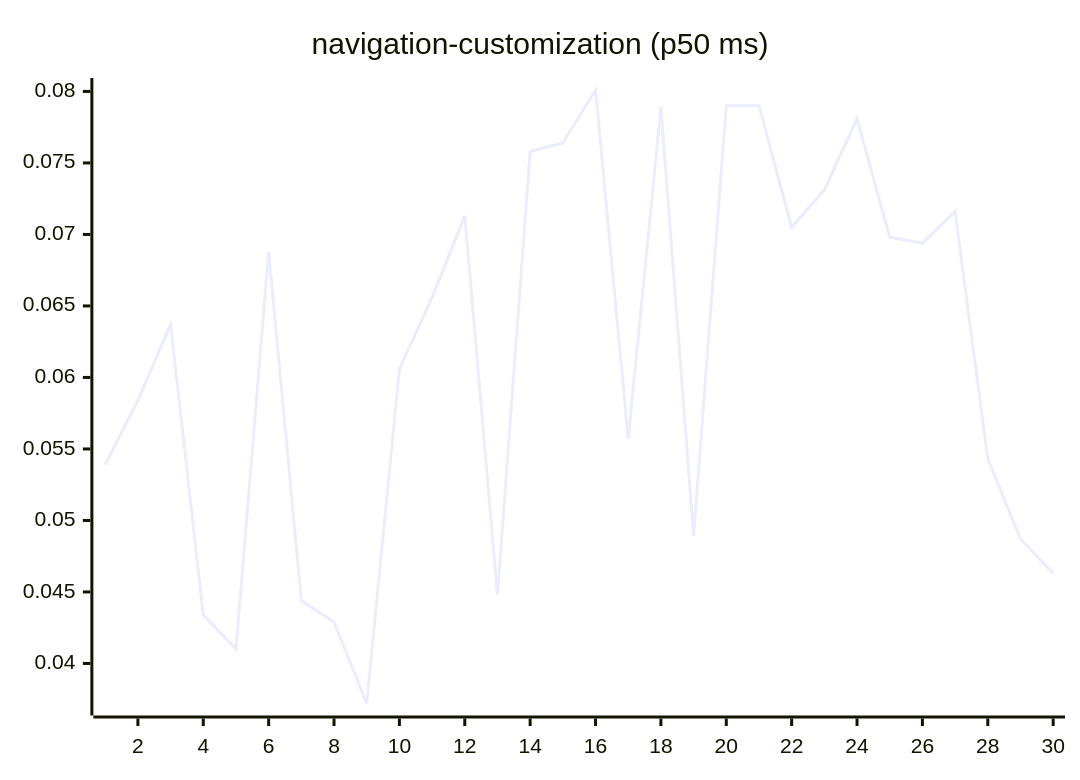
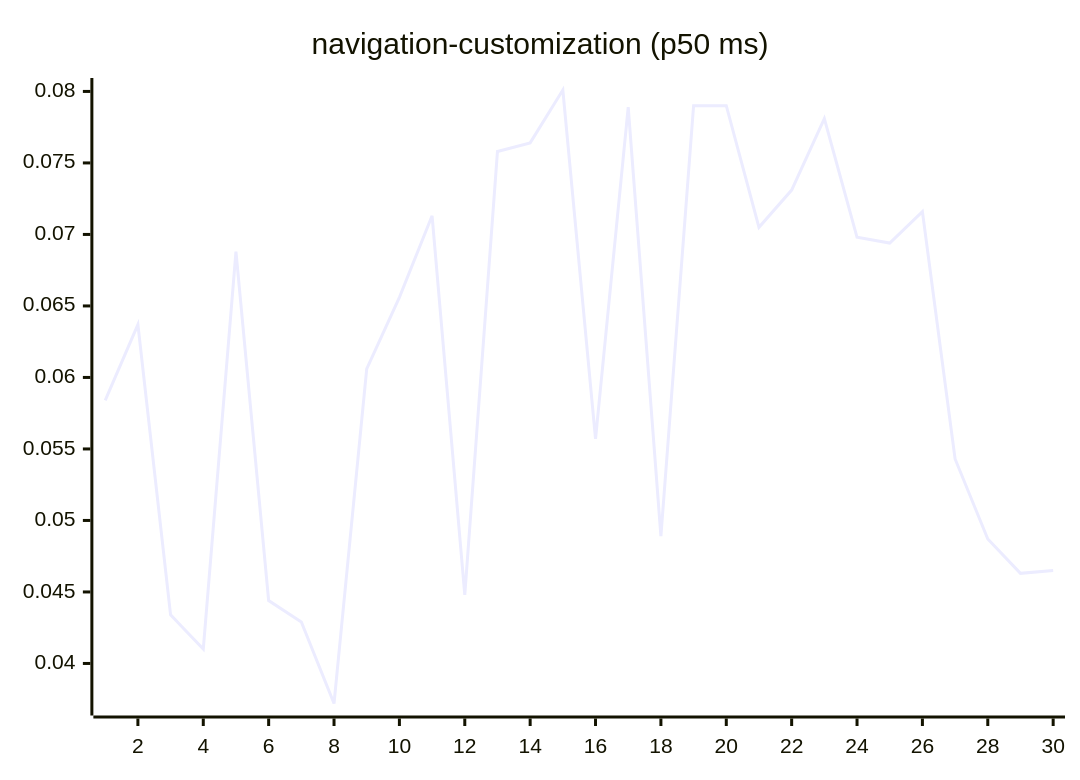
One commit to josha/Facet changed diagram 15 of 27 in README.md. Above: the diagram before and after it, drawn with Mermaid. The commit also changed other lines of this file and 2 other files, not shown here.

````diff
--- a/README.md
+++ b/README.md
@@ -161,6 +161,6 @@
 ```mermaid
 xychart-beta
     title "navigation-customization (p50 ms)"
     x-axis 1 --> 30
-    line [0.0539, 0.0584, 0.0637, 0.0434, 0.0410, 0.0688, 0.0444, 0.0429, 0.0372, 0.0606, 0.0656, 0.0713, 0.0448, 0.0758, 0.0764, 0.0801, 0.0557, 0.0789, 0.0489, 0.0790, 0.0790, 0.0705, 0.0731, 0.0781, 0.0698, 0.0694, 0.0716, 0.0543, 0.0487, 0.0463]
+    line [0.0584, 0.0637, 0.0434, 0.0410, 0.0688, 0.0444, 0.0429, 0.0372, 0.0606, 0.0656, 0.0713, 0.0448, 0.0758, 0.0764, 0.0801, 0.0557, 0.0789, 0.0489, 0.0790, 0.0790, 0.0705, 0.0731, 0.0781, 0.0698, 0.0694, 0.0716, 0.0543, 0.0487, 0.0463, 0.0465]
 ```
````
